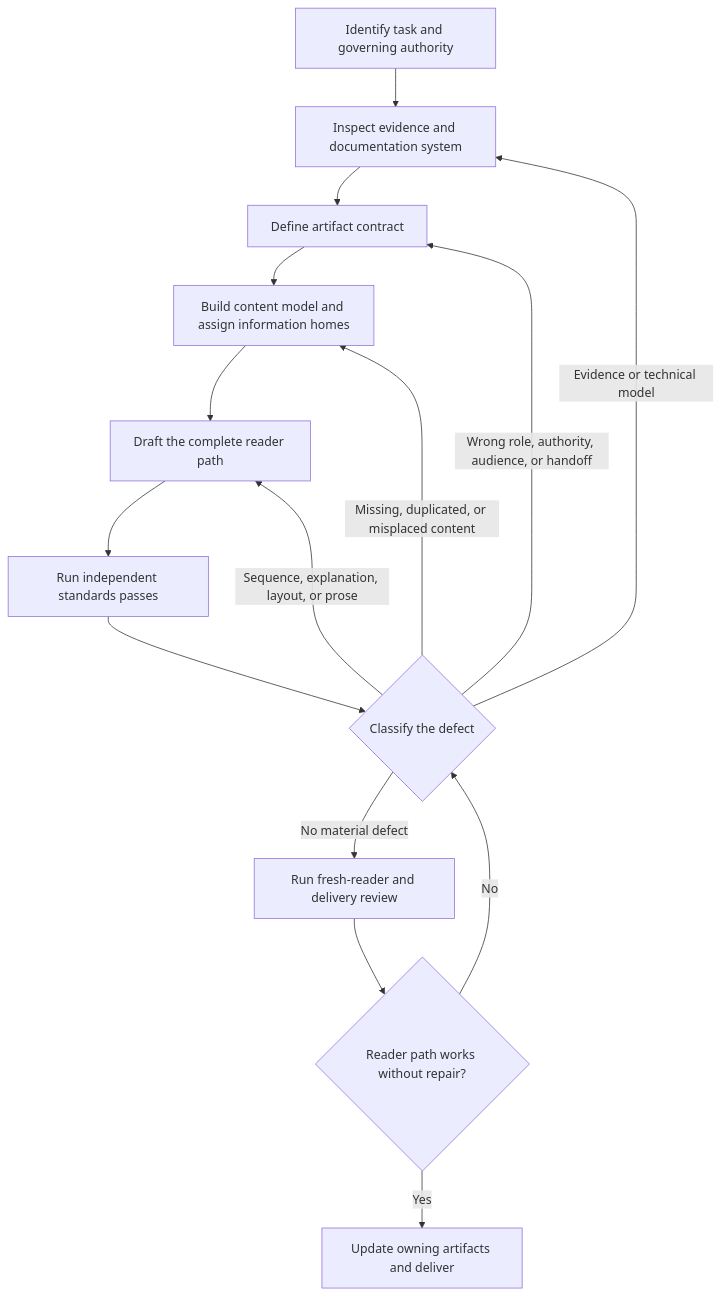
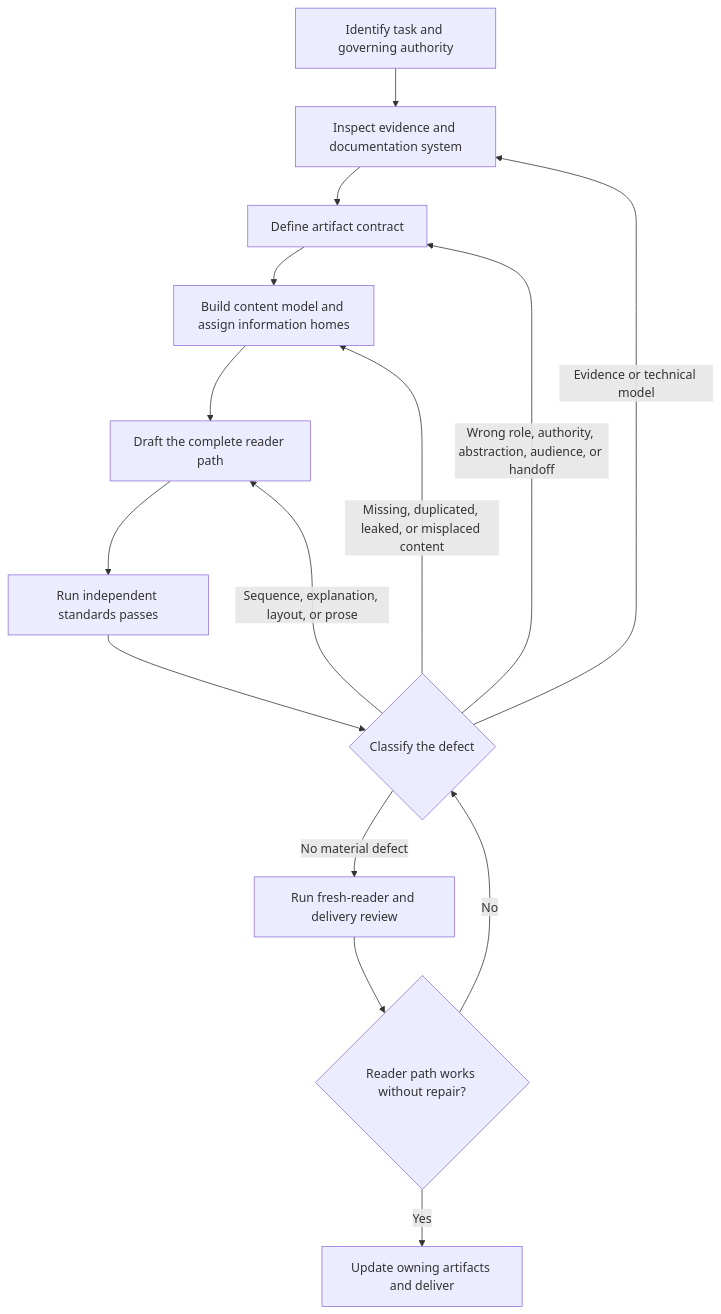
Before and after one commit to smithblack-0/ClanBasedTuning: the diagram in docs/llm/technical_writing_workflow.md, drawn with Mermaid. The commit also changed other lines of this file, not shown here.

````diff
--- a/docs/llm/technical_writing_workflow.md
+++ b/docs/llm/technical_writing_workflow.md
@@ -17,17 +17,17 @@
 ```mermaid
 flowchart TD
     A[Identify task and governing authority] --> B[Inspect evidence and documentation system]
     B --> C[Define artifact contract]
     C --> D[Build content model and assign information homes]
     D --> E[Draft the complete reader path]
     E --> F[Run independent standards passes]
     F --> G{Classify the defect}
     G -- Evidence or technical model --> B
-    G -- Wrong role, authority, audience, or handoff --> C
-    G -- Missing, duplicated, or misplaced content --> D
+    G -- Wrong role, authority, abstraction, audience, or handoff --> C
+    G -- Missing, duplicated, leaked, or misplaced content --> D
     G -- Sequence, explanation, layout, or prose --> E
     G -- No material defect --> H[Run fresh-reader and delivery review]
     H --> I{Reader path works without repair?}
     I -- No --> G
     I -- Yes --> J[Update owning artifacts and deliver]
 ```
````
